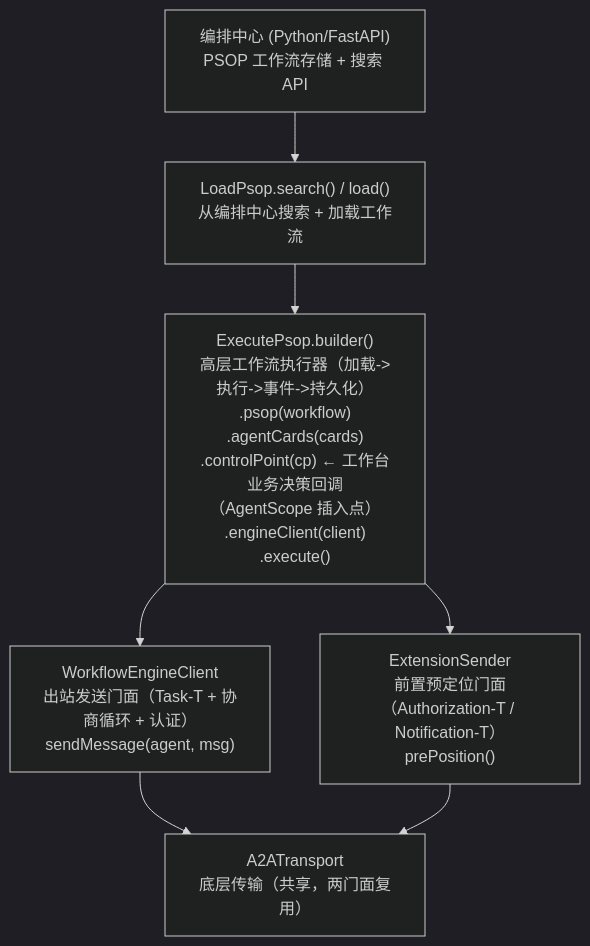
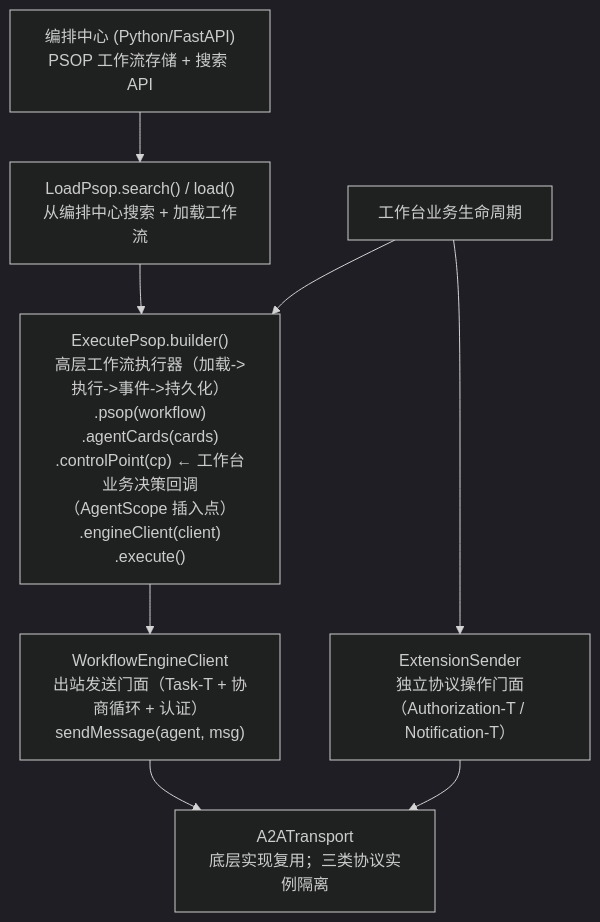
One commit to Zhoujie628/workflow-engine-sdk-java changed the first of 4 diagrams in docs/zh/工作台AgentScope结合方案.md. Above: the diagram before and after it, drawn with Mermaid (dark theme). The commit also changed other lines of this file and 6 other files, not shown here.

````diff
--- a/docs/zh/工作台AgentScope结合方案.md
+++ b/docs/zh/工作台AgentScope结合方案.md
@@ -56,16 +61,18 @@
 ```mermaid
 graph TD
     ORCH["编排中心 (Python/FastAPI)<br/>PSOP 工作流存储 + 搜索 API"]
     LOAD["LoadPsop.search() / load()<br/>从编排中心搜索 + 加载工作流"]
     EXEC["ExecutePsop.builder()<br/>高层工作流执行器（加载->执行->事件->持久化）<br/>.psop(workflow)<br/>.agentCards(cards)<br/>.controlPoint(cp) ← 工作台业务决策回调（AgentScope 插入点）<br/>.engineClient(client)<br/>.execute()"]
     WEC["WorkflowEngineClient<br/>出站发送门面（Task-T + 协商循环 + 认证）<br/>sendMessage(agent, msg)"]
-    EXT["ExtensionSender<br/>前置预定位门面（Authorization-T / Notification-T）<br/>prePosition()"]
-    TRANSPORT["A2ATransport<br/>底层传输（共享，两门面复用）"]
+    WB["工作台业务生命周期"]
+    EXT["ExtensionSender<br/>独立协议操作门面（Authorization-T / Notification-T）"]
+    TRANSPORT["A2ATransport<br/>底层实现复用；三类协议实例隔离"]
 
     ORCH --> LOAD
     LOAD --> EXEC
+    WB --> EXEC
+    WB --> EXT
     EXEC --> WEC
-    EXEC --> EXT
     WEC --> TRANSPORT
     EXT --> TRANSPORT
 ```
````
